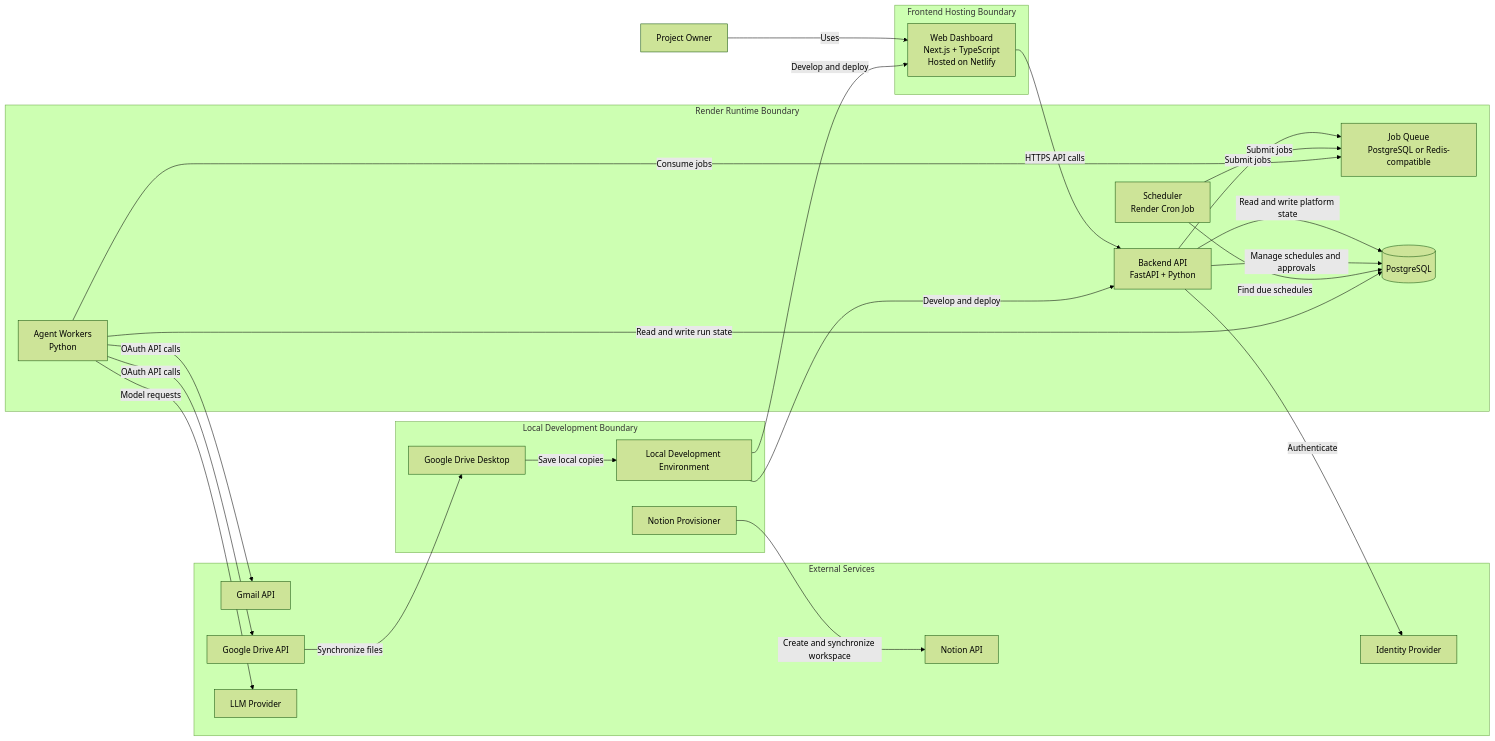
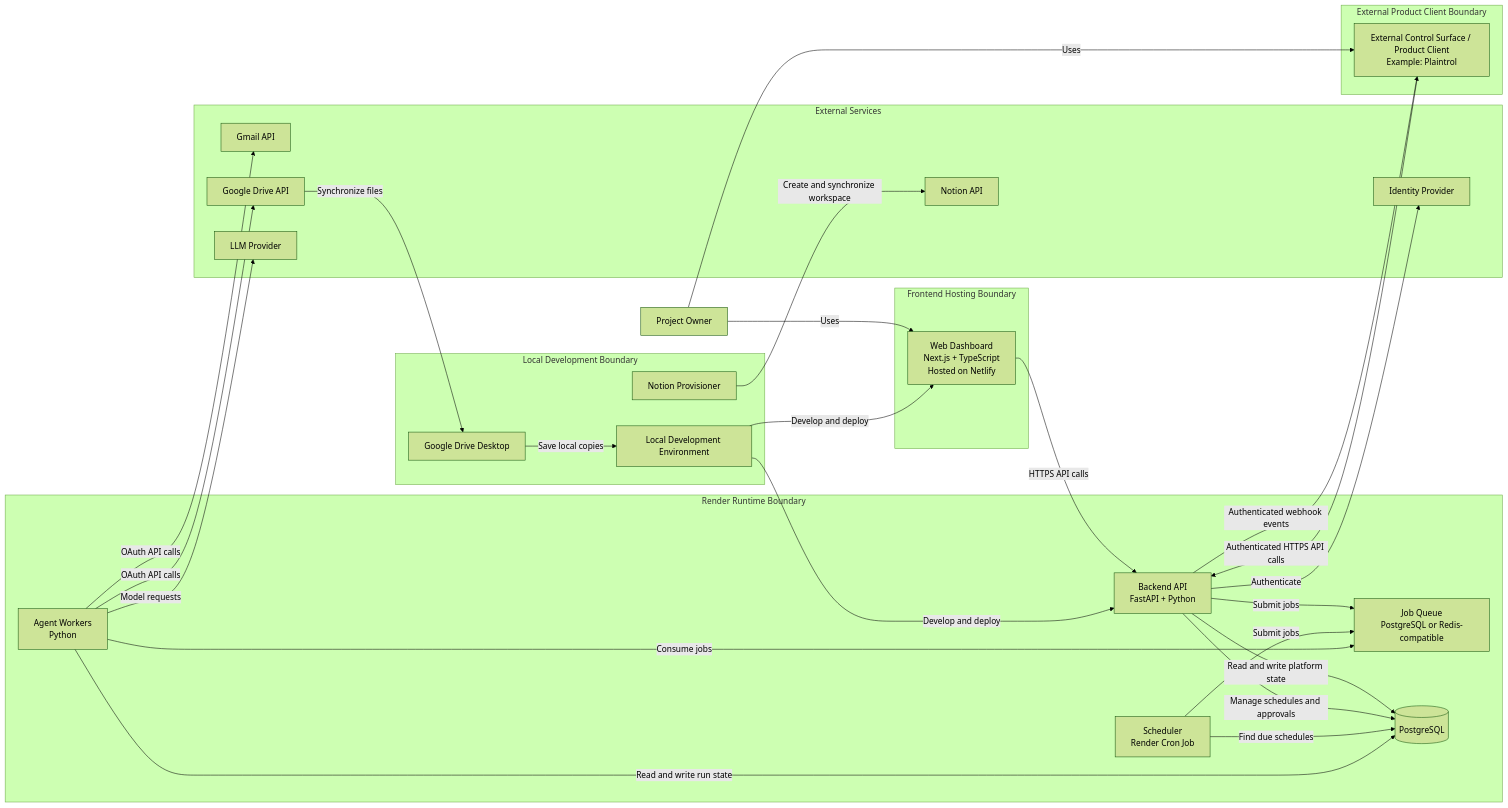
One commit to vasudevap/agent-control-center changed the first of 4 diagrams in docs/architecture/04-container-architecture.md. Above: the diagram before and after it, drawn with Mermaid (forest theme). The commit also changed other lines of this file and 17 other files, not shown here.

Commit message:
Define governed external product client contract

````diff
--- a/docs/architecture/04-container-architecture.md
+++ b/docs/architecture/04-container-architecture.md
@@ -61,52 +62,59 @@
 ```mermaid
 flowchart LR
     User[Project Owner]
+
+    subgraph ExternalClientBoundary[External Product Client Boundary]
+        ProductClient[External Control Surface / Product Client\nExample: Plaintrol]
+    end
 
     subgraph FrontendBoundary[Frontend Hosting Boundary]
         Dashboard[Web Dashboard\nNext.js + TypeScript\nHosted on Netlify]
     end
 
     subgraph BackendBoundary[Render Runtime Boundary]
         API[Backend API\nFastAPI + Python]
         Scheduler[Scheduler\nRender Cron Job]
         Queue[Job Queue\nPostgreSQL or Redis-compatible]
         Workers[Agent Workers\nPython]
         DB[(PostgreSQL)]
     end
 
     subgraph ExternalServices[External Services]
         Gmail[Gmail API]
         Drive[Google Drive API]
         LLM[LLM Provider]
         IdP[Identity Provider]
         Notion[Notion API]
     end
 
     subgraph LocalBoundary[Local Development Boundary]
         Local[Local Development Environment]
         Provisioner[Notion Provisioner]
         DriveSync[Google Drive Desktop]
     end
 
     User -->|Uses| Dashboard
+    User -->|Uses| ProductClient
     Dashboard -->|HTTPS API calls| API
+    ProductClient -->|Authenticated HTTPS API calls| API
+    API -->|Authenticated webhook events| ProductClient
     API -->|Authenticate| IdP
     API -->|Read and write platform state| DB
     API -->|Submit jobs| Queue
     API -->|Manage schedules and approvals| DB
 
     Scheduler -->|Find due schedules| DB
     Scheduler -->|Submit jobs| Queue
 
     Workers -->|Consume jobs| Queue
     Workers -->|Read and write run state| DB
     Workers -->|OAuth API calls| Gmail
     Workers -->|OAuth API calls| Drive
     Workers -->|Model requests| LLM
 
     Local -->|Develop and deploy| Dashboard
     Local -->|Develop and deploy| API
     Provisioner -->|Create and synchronize workspace| Notion
     Drive -->|Synchronize files| DriveSync
     DriveSync -->|Save local copies| Local
 ```
````
